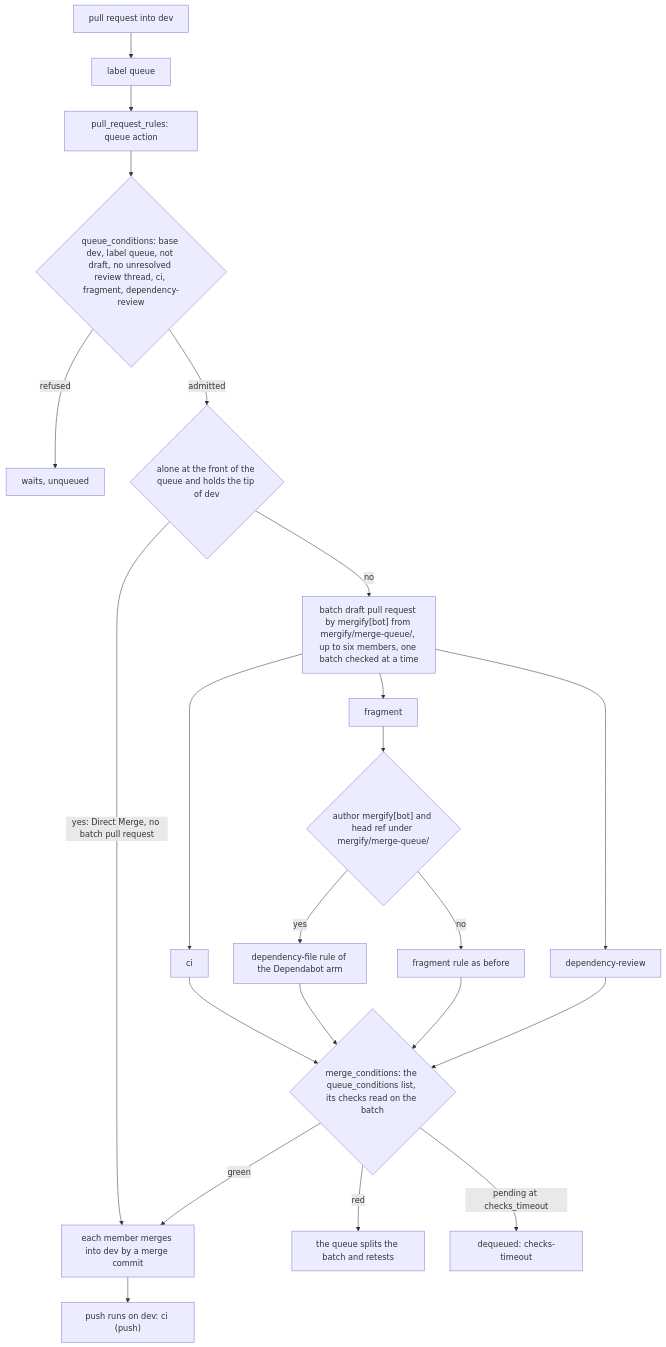
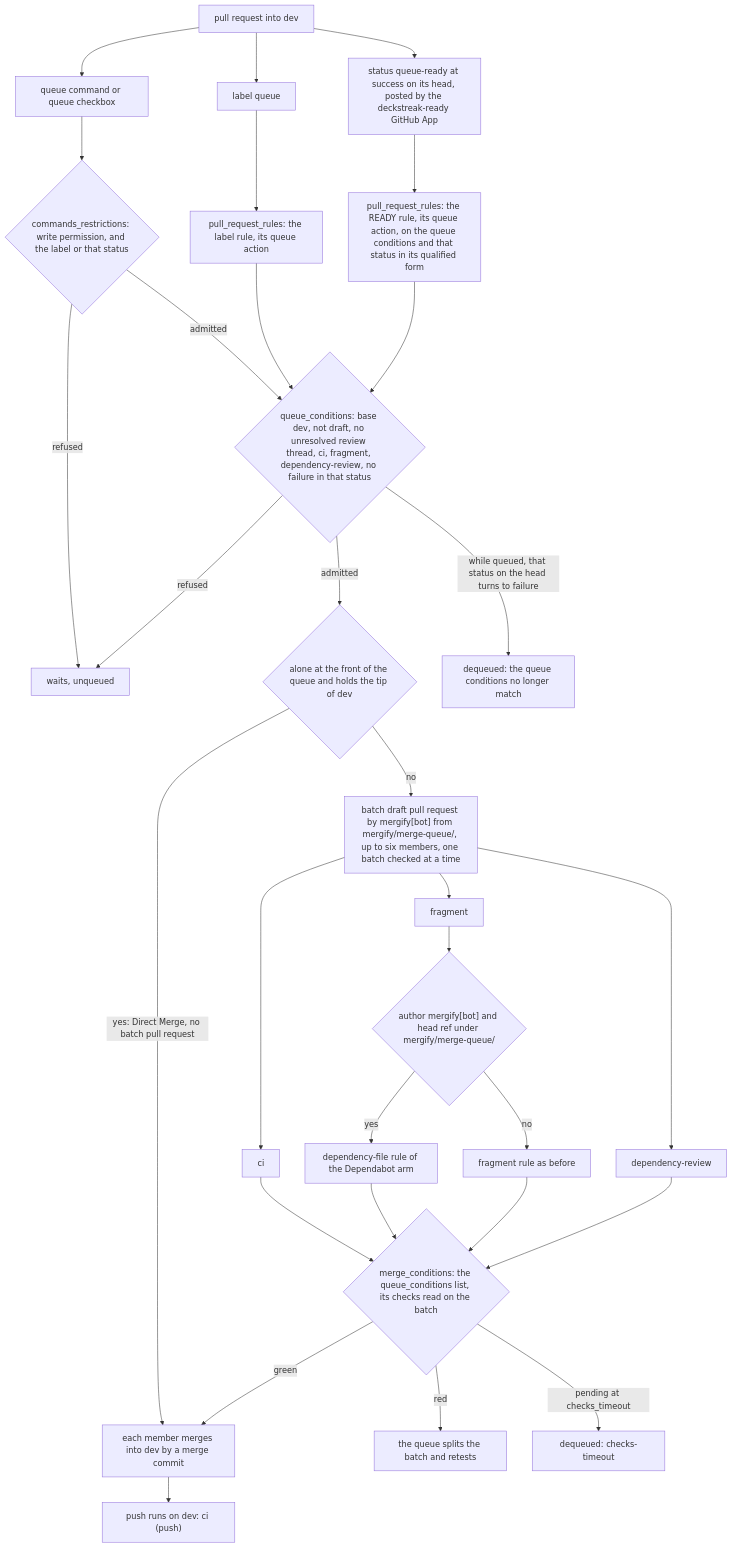
The diagram in docs/schematics/merge-queue.md (RexRenatus/deck-streak), drawn with Mermaid before and after one commit. The commit also changed other lines of this file and 3 other files, not shown here.

Commit message:
docs(ci): revise SPEC-604 and add ADR-689 for the READY queue entry

````diff
--- a/docs/schematics/merge-queue.md
+++ b/docs/schematics/merge-queue.md
@@ -6,24 +7,32 @@
 ```mermaid
 flowchart TD
     pr["pull request into dev"] --> label["label queue"]
-    label --> rule["pull_request_rules: queue action"]
-    rule --> qc{"queue_conditions: base dev, label queue, not draft, no unresolved review thread, ci, fragment, dependency-review"}
-    qc -- "refused" --> wait["waits, unqueued"]
+    pr --> status["status queue-ready at success on its head, posted by the deckstreak-ready GitHub App"]
+    pr --> command["queue command or queue checkbox"]
+    label --> rule["pull_request_rules: the label rule, its queue action"]
+    status --> statusRule["pull_request_rules: the READY rule, its queue action, on the queue conditions and that status in its qualified form"]
+    command --> restriction{"commands_restrictions: write permission, and the label or that status"}
+    restriction -- "refused" --> wait["waits, unqueued"]
+    restriction -- "admitted" --> qc
+    rule --> qc{"queue_conditions: base dev, not draft, no unresolved review thread, ci, fragment, dependency-review, no failure in that status"}
+    statusRule --> qc
+    qc -- "refused" --> wait
     qc -- "admitted" --> lone{"alone at the front of the queue and holds the tip of dev"}
+    qc -- "while queued, that status on the head turns to failure" --> dequeued["dequeued: the queue conditions no longer match"]
     lone -- "yes: Direct Merge, no batch pull request" --> merge
     lone -- "no" --> batch["batch draft pull request by mergify[bot] from mergify/merge-queue/, up to six members, one batch checked at a time"]
     batch --> ci["ci"]
     batch --> fragment["fragment"]
     batch --> review["dependency-review"]
     fragment --> arm{"author mergify[bot] and head ref under mergify/merge-queue/"}
     arm -- "yes" --> deps["dependency-file rule of the Dependabot arm"]
     arm -- "no" --> plain["fragment rule as before"]
     ci --> mc{"merge_conditions: the queue_conditions list, its checks read on the batch"}
     deps --> mc
     plain --> mc
     review --> mc
     mc -- "red" --> split["the queue splits the batch and retests"]
     mc -- "pending at checks_timeout" --> timeout["dequeued: checks-timeout"]
     mc -- "green" --> merge["each member merges into dev by a merge commit"]
     merge --> push["push runs on dev: ci (push)"]
 ```
````
